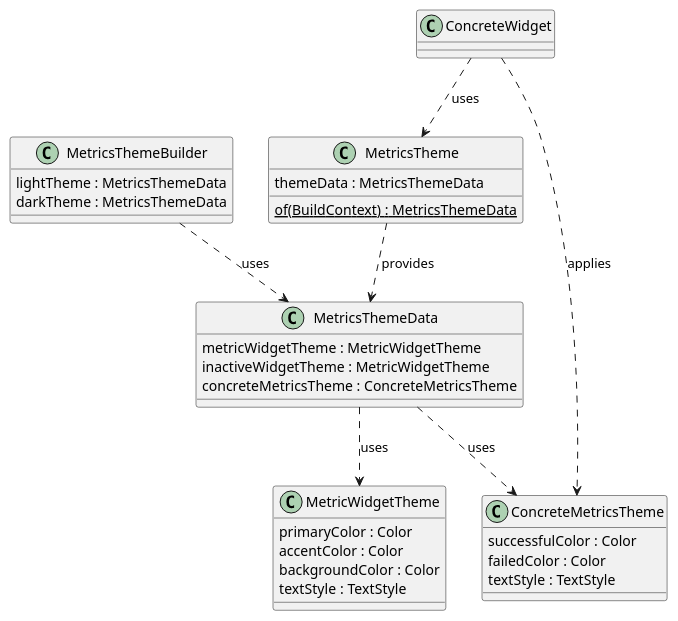
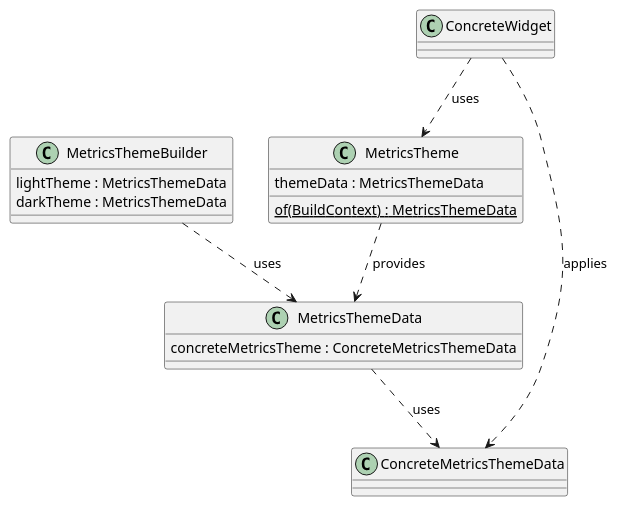
One commit to Flank/flank-dashboard changed the diagram in metrics/web/docs/diagrams/metrics_theme_structure_diagram.puml. Above: the diagram before and after it, drawn with PlantUML. The commit also changed 8 other files, not shown here.

Commit message:
Improve widget structure doc according to discussions + new theme data structure

```diff
--- a/metrics/web/docs/diagrams/metrics_theme_structure_diagram.puml
+++ b/metrics/web/docs/diagrams/metrics_theme_structure_diagram.puml
@@ -1,37 +1,23 @@
 @startuml metrics_theme_structure_diagram
     class MetricsThemeBuilder {
         lightTheme : MetricsThemeData
         darkTheme : MetricsThemeData
     }
 
     class MetricsTheme {
         themeData : MetricsThemeData
         {static} of(BuildContext) : MetricsThemeData
     }
 
     class MetricsThemeData {
-        metricWidgetTheme : MetricWidgetTheme
-        inactiveWidgetTheme : MetricWidgetTheme
-        concreteMetricsTheme : ConcreteMetricsTheme
+        concreteMetricsTheme : ConcreteMetricsThemeData
     }
 
-    class MetricWidgetTheme {
-        primaryColor : Color
-        accentColor : Color
-        backgroundColor : Color
-        textStyle : TextStyle
-    }
-
-    class ConcreteMetricsTheme {
-        successfulColor : Color
-        failedColor : Color
-        textStyle : TextStyle
-    }
+    class ConcreteMetricsThemeData {}
 
     MetricsThemeBuilder ..> MetricsThemeData : uses
     MetricsTheme ..> MetricsThemeData : provides
-    MetricsThemeData ..> MetricWidgetTheme : uses
-    MetricsThemeData ..> ConcreteMetricsTheme : uses
+    MetricsThemeData ..> ConcreteMetricsThemeData : uses
     ConcreteWidget ..> MetricsTheme : uses
-    ConcreteWidget ..> ConcreteMetricsTheme : applies
+    ConcreteWidget ..> ConcreteMetricsThemeData : applies
 @enduml
```
